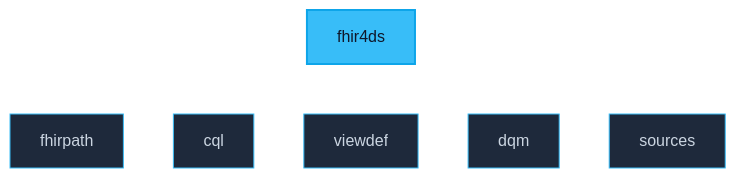
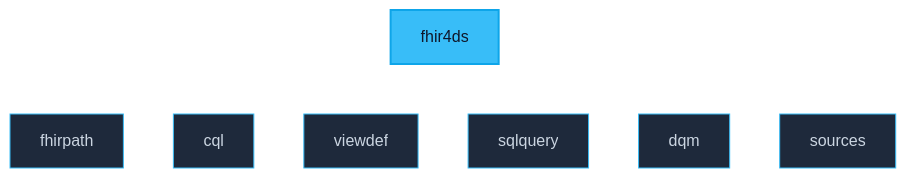
The diagram in web/website/docs/api-reference/fhir4ds.md (fhir4ds/fhir4ds), drawn with Mermaid (forest theme) before and after one commit. The commit also changed 21 other files, not shown here.

First line of the commit message:
chore(release): fhir4ds-v2 0.0.13 — release notes, sqlquery API reference, website refresh

````diff
--- a/web/website/docs/api-reference/fhir4ds.md
+++ b/web/website/docs/api-reference/fhir4ds.md
@@ -12,14 +12,15 @@
 ```mermaid
 graph TD
     fhir4ds[fhir4ds] --> fhirpath[fhirpath]
     fhir4ds --> cql[cql]
     fhir4ds --> viewdef[viewdef]
+    fhir4ds --> sqlquery[sqlquery]
     fhir4ds --> dqm[dqm]
     fhir4ds --> sources[sources]
     
     classDef default fill:#1e293b,stroke:#38bdf8,color:#cbd5e1,stroke-width:1px
     classDef primary fill:#38bdf8,stroke:#0ea5e9,color:#0f172a,stroke-width:2px
     
     class fhir4ds primary
     linkStyle default stroke:#fff,stroke-width:1px
 ```
````
